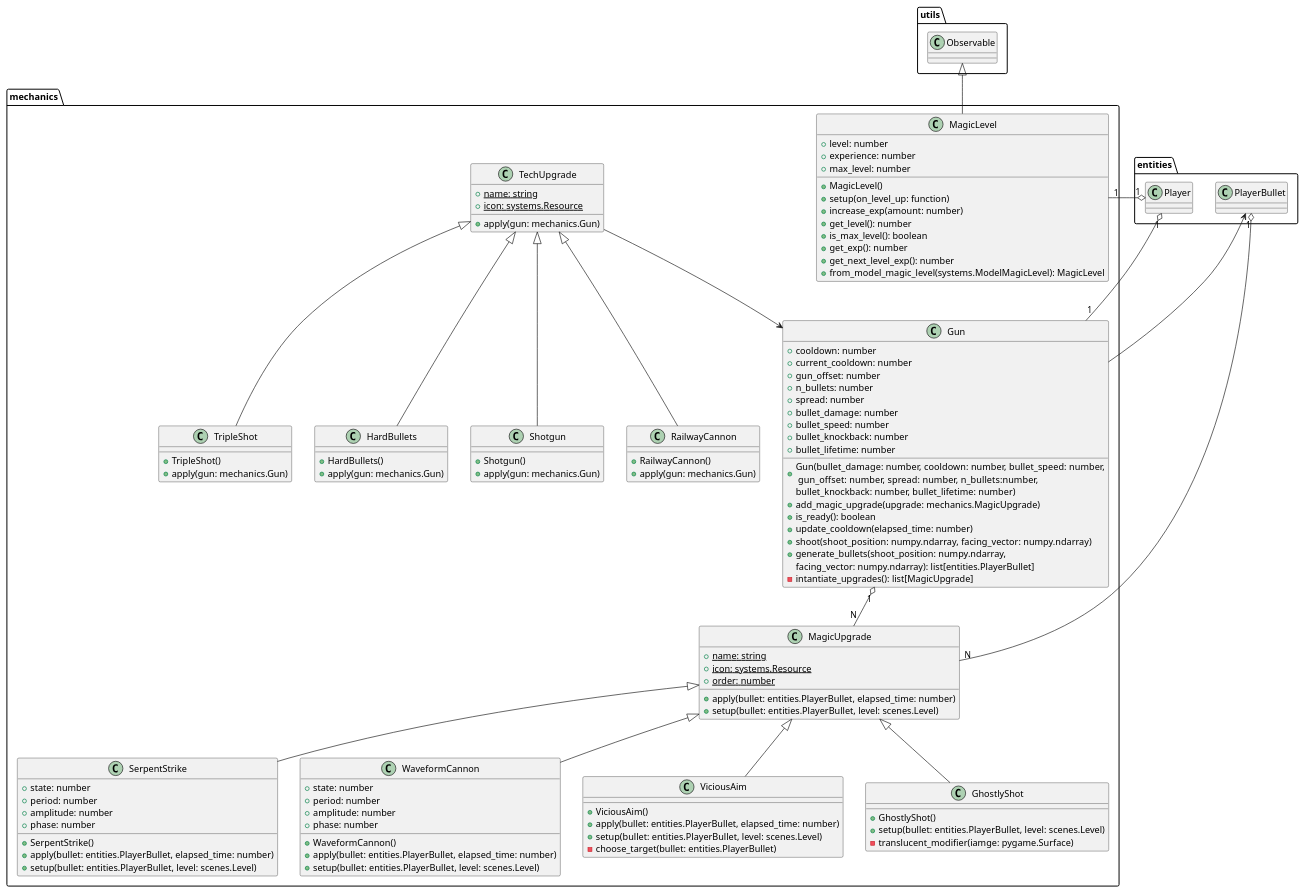
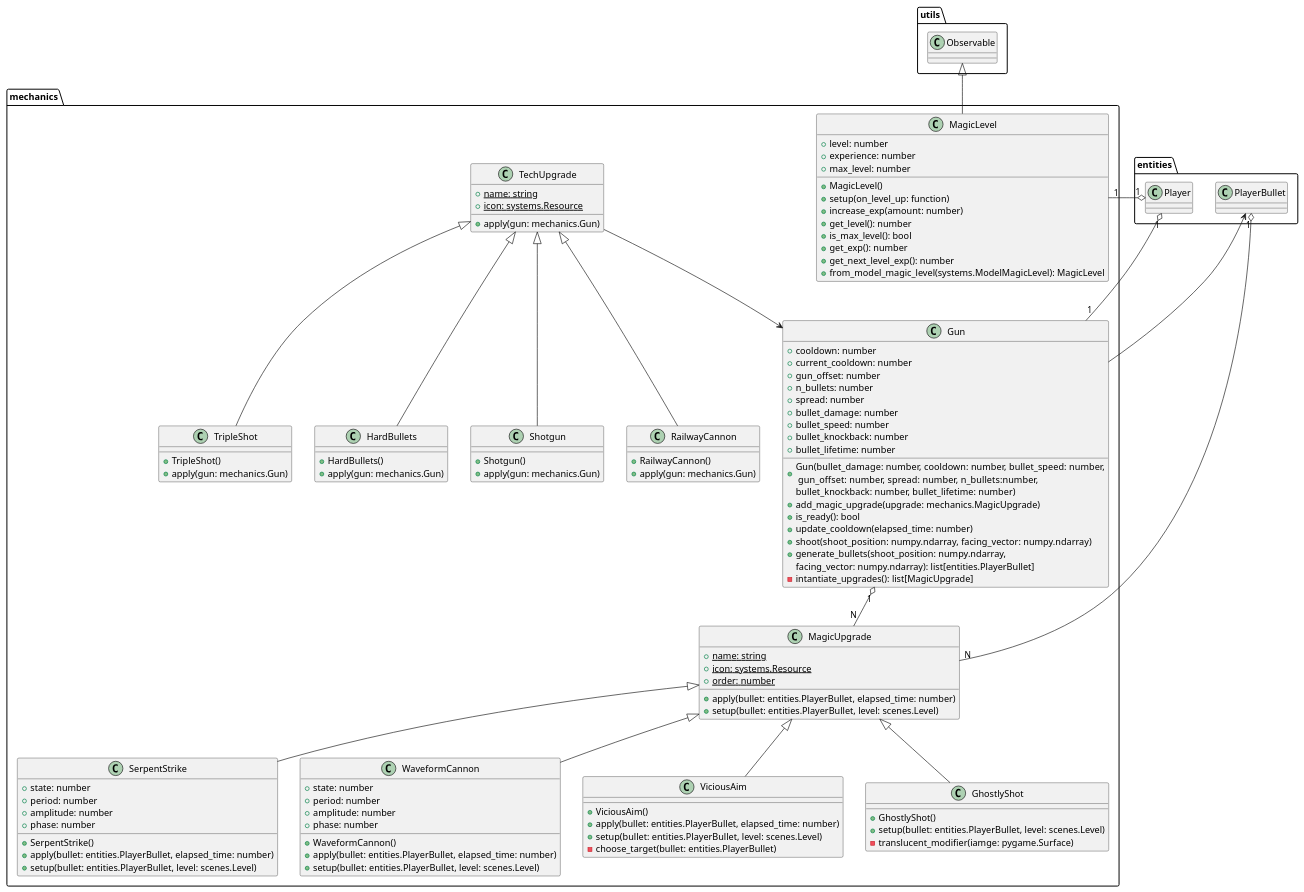
One commit to daavidrgz/galactic-gambit changed the diagram in docs/diagrams/gun_and_upgrades.pu. Above: the diagram before and after it, drawn with PlantUML. The commit also changed 8 other files, not shown here.

```diff
--- a/docs/diagrams/gun_and_upgrades.pu
+++ b/docs/diagrams/gun_and_upgrades.pu
@@ -2,120 +2,120 @@
 @startuml gun_and_upgrades
 
 entities.Player "1" o-left- "1" mechanics.MagicLevel
 entities.Player "1" o-- "1" mechanics.Gun
 class mechanics.Gun{
     + cooldown: number
     + current_cooldown: number
     + gun_offset: number
     + n_bullets: number
     + spread: number
     + bullet_damage: number
     + bullet_speed: number
     + bullet_knockback: number
     + bullet_lifetime: number
 
     + Gun(bullet_damage: number, cooldown: number, bullet_speed: number,\n gun_offset: number, spread: number, n_bullets:number,
         bullet_knockback: number, bullet_lifetime: number)
     + add_magic_upgrade(upgrade: mechanics.MagicUpgrade)
-    + is_ready(): boolean
+    + is_ready(): bool
     + update_cooldown(elapsed_time: number)
     + shoot(shoot_position: numpy.ndarray, facing_vector: numpy.ndarray)
     + generate_bullets(shoot_position: numpy.ndarray, 
         facing_vector: numpy.ndarray): list[entities.PlayerBullet]
     - intantiate_upgrades(): list[MagicUpgrade]
 }
 
 class entities.PlayerBullet{}
 
 class mechanics.MagicLevel extends utils.Observable{
     + level: number
     + experience: number
     + max_level: number
 
     + MagicLevel()
     + setup(on_level_up: function)
     + increase_exp(amount: number)
     + get_level(): number
-    + is_max_level(): boolean
+    + is_max_level(): bool
     + get_exp(): number
     + get_next_level_exp(): number
     + from_model_magic_level(systems.ModelMagicLevel): MagicLevel
 }
 
 class mechanics.MagicUpgrade{
     + {static} name: string
     + {static} icon: systems.Resource
     + {static} order: number
 
     + apply(bullet: entities.PlayerBullet, elapsed_time: number)
     + setup(bullet: entities.PlayerBullet, level: scenes.Level)
 }
 
 class mechanics.SerpentStrike extends mechanics.MagicUpgrade{
     + state: number
     + period: number
     + amplitude: number
     + phase: number
 
     + SerpentStrike()
     + apply(bullet: entities.PlayerBullet, elapsed_time: number)
     + setup(bullet: entities.PlayerBullet, level: scenes.Level)
 }
 
 class mechanics.WaveformCannon extends mechanics.MagicUpgrade{
     + state: number
     + period: number
     + amplitude: number
     + phase: number
 
     + WaveformCannon()
     + apply(bullet: entities.PlayerBullet, elapsed_time: number)
     + setup(bullet: entities.PlayerBullet, level: scenes.Level)
 }
 
 class mechanics.ViciousAim extends mechanics.MagicUpgrade{
     + ViciousAim()
     + apply(bullet: entities.PlayerBullet, elapsed_time: number)
     + setup(bullet: entities.PlayerBullet, level: scenes.Level)
     - choose_target(bullet: entities.PlayerBullet)
 }
 
 class mechanics.GhostlyShot extends mechanics.MagicUpgrade{
     + GhostlyShot()
     + setup(bullet: entities.PlayerBullet, level: scenes.Level)
     - translucent_modifier(iamge: pygame.Surface)
 }
 
 class mechanics.TechUpgrade{
     + {static} name: string
     + {static} icon: systems.Resource
 
     + apply(gun: mechanics.Gun)
 }
 
 class mechanics.TripleShot extends mechanics.TechUpgrade{
     + TripleShot()
     + apply(gun: mechanics.Gun)
 }
 
 class mechanics.HardBullets extends mechanics.TechUpgrade{
     + HardBullets()
     + apply(gun: mechanics.Gun)
 }
 
 class mechanics.Shotgun extends mechanics.TechUpgrade{
     + Shotgun()
     + apply(gun: mechanics.Gun)
 }
 
 class mechanics.RailwayCannon extends mechanics.TechUpgrade{
     + RailwayCannon()
     + apply(gun: mechanics.Gun)
 }
 
 mechanics.TechUpgrade --> mechanics.Gun
 
 entities.PlayerBullet "1" o-- "N" mechanics.MagicUpgrade
 mechanics.Gun "1" o-- "N" mechanics.MagicUpgrade
 mechanics.Gun --> entities.PlayerBullet
 @enduml
```
